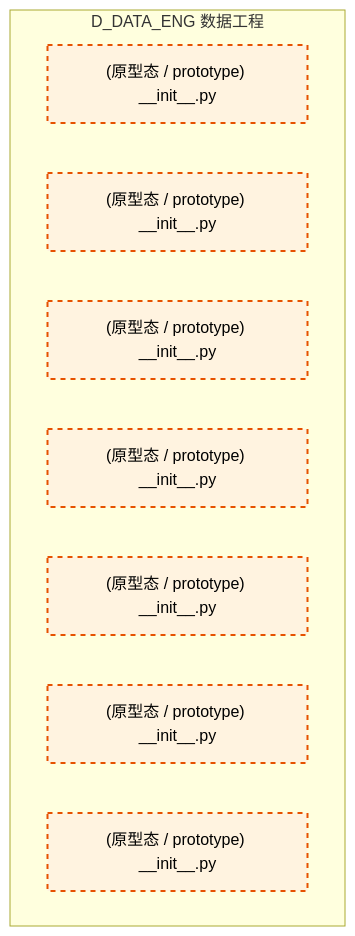
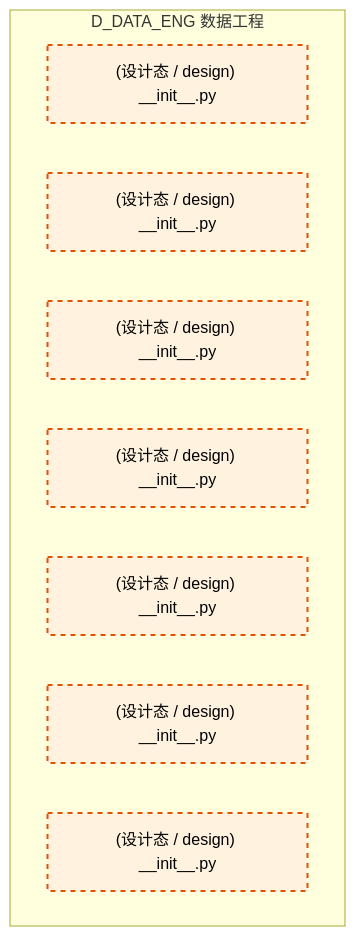
Before and after one commit to xuanFelixVan/ZephyrAlpha: the first of 2 diagrams in docs/02_enterprise_architecture/02_domain_architecture_docs/08_d_data_eng.md, drawn with Mermaid. The commit also changed other lines of this file and 177 other files, not shown here.

````diff
--- a/docs/02_enterprise_architecture/02_domain_architecture_docs/08_d_data_eng.md
+++ b/docs/02_enterprise_architecture/02_domain_architecture_docs/08_d_data_eng.md
@@ -69,17 +68,17 @@
 ```mermaid
 graph TD
     subgraph D_DATA_ENG["D_DATA_ENG 数据工程"]
-        src_zephyr_data_eng_init_py["(原型态 / prototype) __init__.py"]
-        src_zephyr_data_eng_extensions_init_py["(原型态 / prototype) __init__.py"]
-        src_zephyr_data_eng_api_init_py["(原型态 / prototype) __init__.py"]
-        src_zephyr_data_eng_core_init_py["(原型态 / prototype) __init__.py"]
-        src_zephyr_data_eng_infrastructure_init_py["(原型态 / prototype) __init__.py"]
-        src_zephyr_data_eng_models_init_py["(原型态 / prototype) __init__.py"]
-        src_zephyr_data_eng_services_init_py["(原型态 / prototype) __init__.py"]
+        src_zephyr_data_eng_init_py["(设计态 / design) __init__.py"]
+        src_zephyr_data_eng_extensions_init_py["(设计态 / design) __init__.py"]
+        src_zephyr_data_eng_api_init_py["(设计态 / design) __init__.py"]
+        src_zephyr_data_eng_core_init_py["(设计态 / design) __init__.py"]
+        src_zephyr_data_eng_infrastructure_init_py["(设计态 / design) __init__.py"]
+        src_zephyr_data_eng_models_init_py["(设计态 / design) __init__.py"]
+        src_zephyr_data_eng_services_init_py["(设计态 / design) __init__.py"]
     end
     classDef production fill:#e1f5fe,stroke:#01579b,stroke-width:2px,color:#000
     classDef design fill:#fff3e0,stroke:#e65100,stroke-width:2px,color:#000,stroke-dasharray: 5 5
     classDef external_prod fill:#e8f5e9,stroke:#1b5e20,stroke-width:1px,color:#000
     classDef external_design fill:#fce4ec,stroke:#880e4f,stroke-width:1px,color:#000,stroke-dasharray: 5 5
     class src_zephyr_data_eng_init_py,src_zephyr_data_eng_extensions_init_py,src_zephyr_data_eng_api_init_py,src_zephyr_data_eng_core_init_py,src_zephyr_data_eng_infrastructure_init_py,src_zephyr_data_eng_models_init_py,src_zephyr_data_eng_services_init_py design
 ```
````
